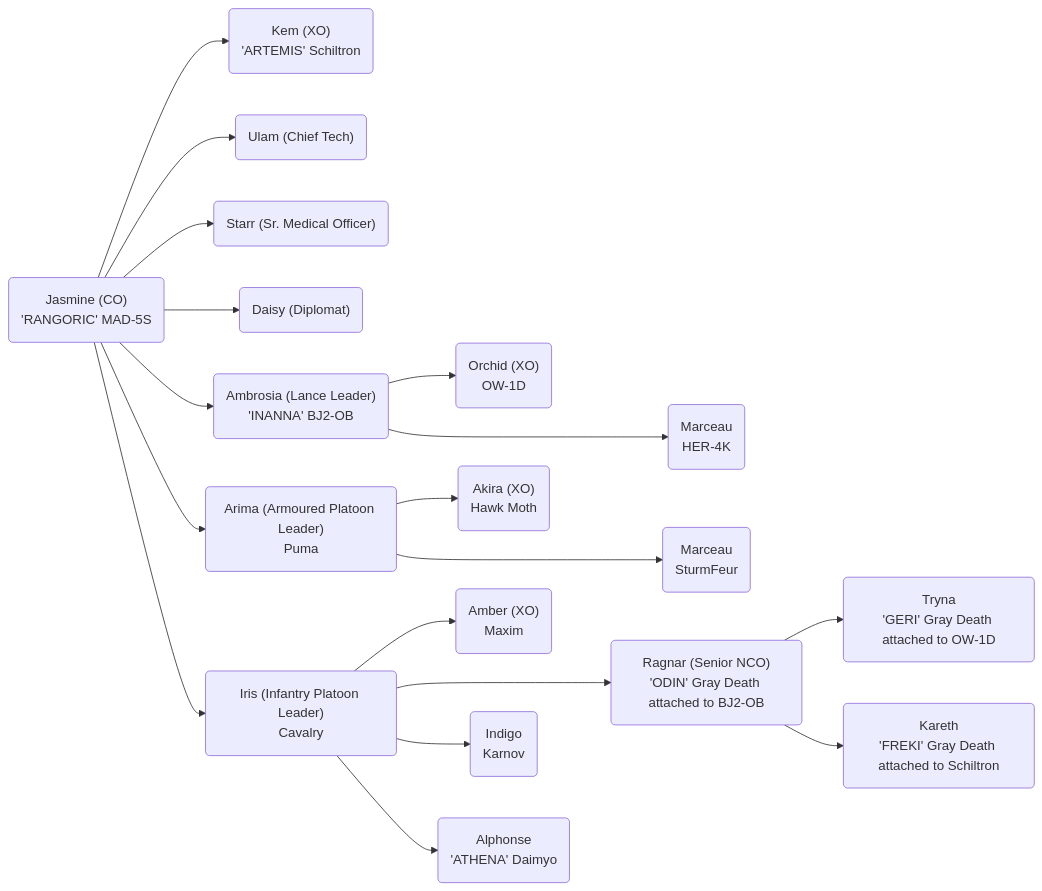
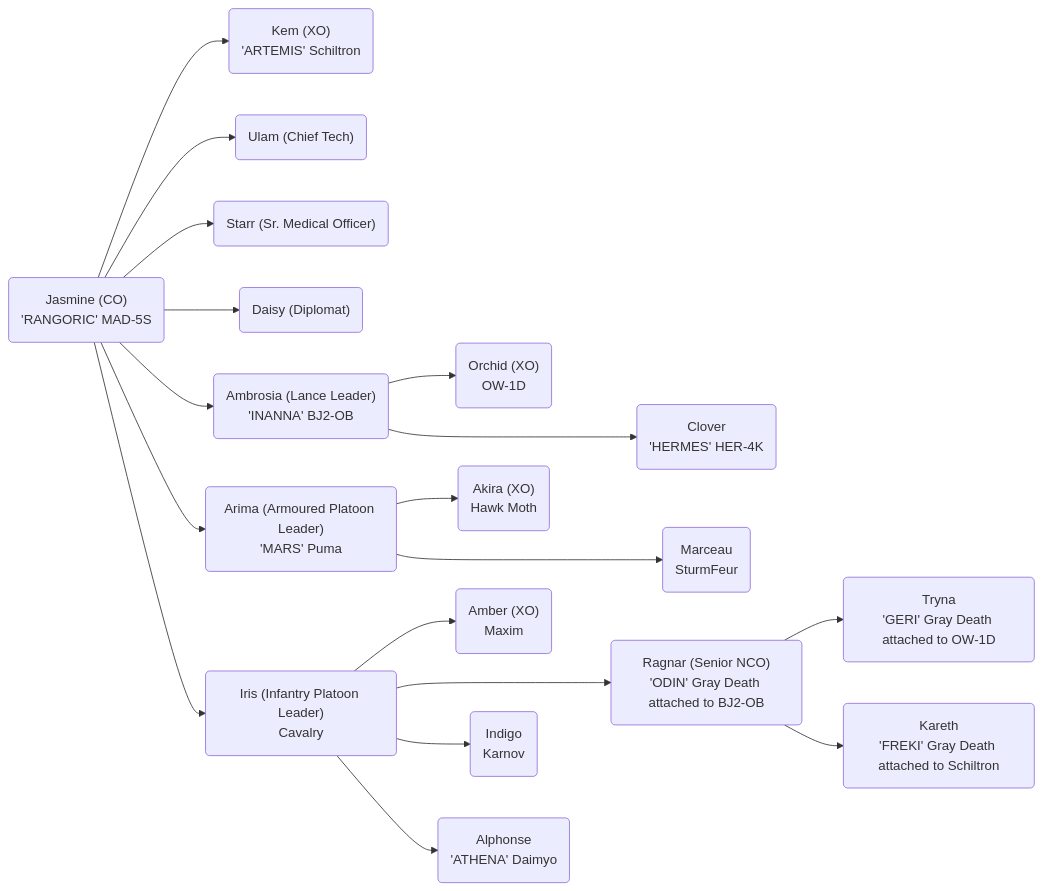
Before and after one commit to Rangoric/BattleTech-Campaign: the diagram in README.md, drawn with Mermaid.

````diff
--- a/README.md
+++ b/README.md
@@ -3,38 +3,38 @@
 ```mermaid
 flowchart LR
   co("Jasmine (CO)\n'RANGORIC' MAD-5S")
   xo("Kem (XO)\n'ARTEMIS' Schiltron")
   ct("Ulam (Chief Tech)")
   smo("Starr (Sr. Medical Officer)")
   dp("Daisy (Diplomat)")
   ll("Ambrosia (Lance Leader)\n'INANNA' BJ2-OB")
-  lm1("Marceau\nHER-4K")
+  lm1("Clover\n'HERMES' HER-4K")
   lxo("Orchid (XO)\nOW-1D")
-  al("Arima (Armoured Platoon Leader)\nPuma")
+  al("Arima (Armoured Platoon Leader)\n'MARS' Puma")
   axo("Akira (XO)"\nHawk Moth)
   am1("Marceau\nSturmFeur")
   il("Iris (Infantry Platoon Leader)"\nCavalry)
   im1("Indigo\nKarnov")
   im2("Alphonse\n'ATHENA' Daimyo")
   isnco("Ragnar (Senior NCO)\n'ODIN' Gray Death attached to BJ2-OB")
   iyl1("Tryna\n'GERI' Gray Death attached to OW-1D")
   iyl3("Kareth\n'FREKI' Gray Death attached to Schiltron")
   ixo("Amber (XO)\nMaxim")
   co --> xo
   co --> ct
   co --> smo
   co --> dp
   co --> ll
   co --> al
   co --> il
   ll --> lxo
   ll ---> lm1
   al --> axo
   al ---> am1
   il --> ixo
   il ---> isnco
   il --> im1
   il --> im2
   isnco --> iyl1
   isnco --> iyl3
 ```
````
